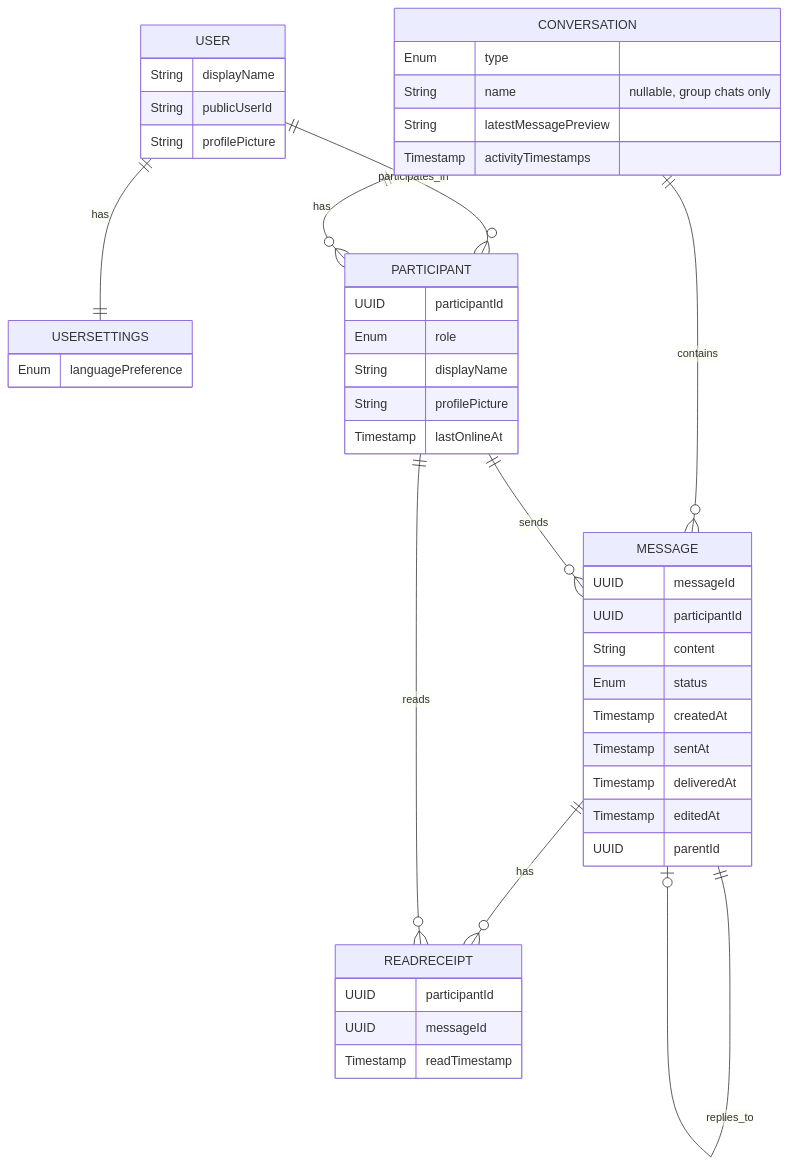
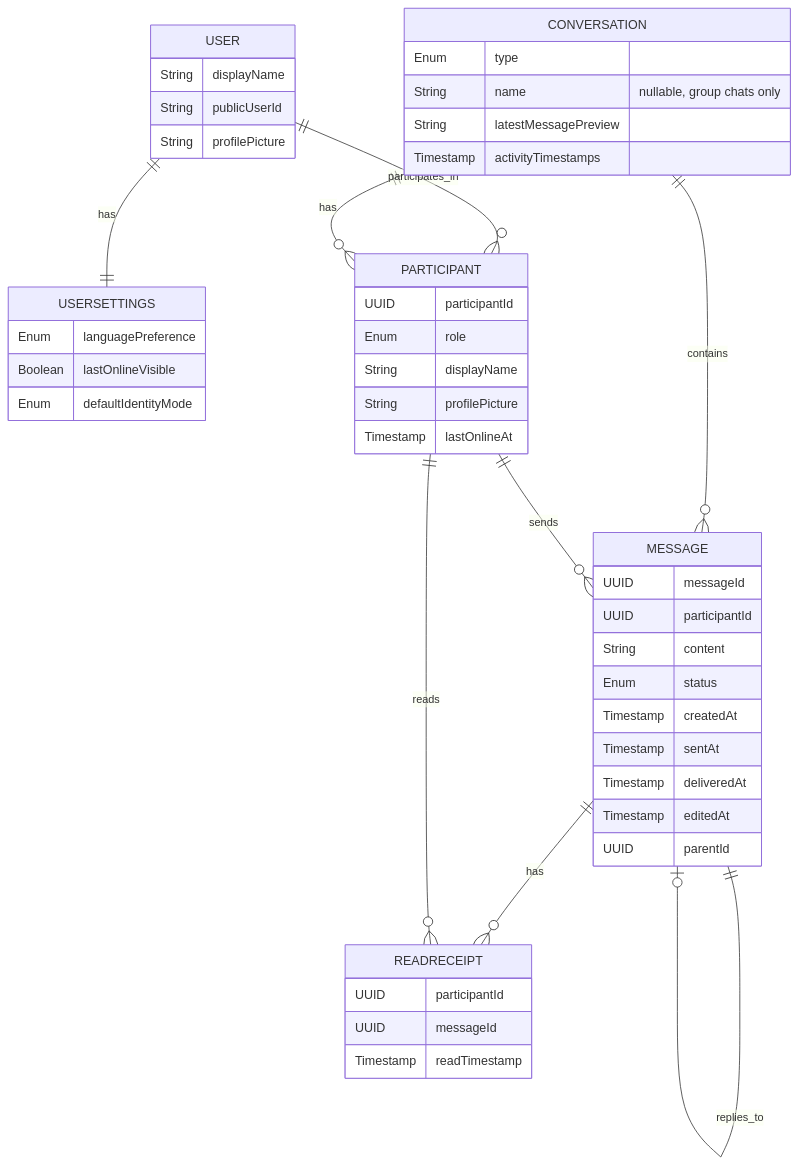
The diagram in docs/Specification.md (timurgilfanov/messenger), drawn with Mermaid before and after one commit. The commit also changed other lines of this file, not shown here.

````diff
--- a/docs/Specification.md
+++ b/docs/Specification.md
@@ -302,49 +348,51 @@
 ```mermaid
 erDiagram
     USER {
         String displayName
         String publicUserId
         String profilePicture
     }
     USERSETTINGS {
         Enum languagePreference
+        Boolean lastOnlineVisible
+        Enum defaultIdentityMode
     }
     CONVERSATION {
         Enum type
         String name "nullable, group chats only"
         String latestMessagePreview
         Timestamp activityTimestamps
     }
     PARTICIPANT {
         UUID participantId
         Enum role
         String displayName
         String profilePicture
         Timestamp lastOnlineAt
     }
     MESSAGE {
         UUID messageId
         UUID participantId
         String content
         Enum status
         Timestamp createdAt
         Timestamp sentAt
         Timestamp deliveredAt
         Timestamp editedAt
         UUID parentId
     }
     READRECEIPT {
         UUID participantId
         UUID messageId
         Timestamp readTimestamp
     }
 
     USER ||--o{ PARTICIPANT : participates_in
     USER ||--|| USERSETTINGS : has
     CONVERSATION ||--o{ PARTICIPANT : has
     CONVERSATION ||--o{ MESSAGE : contains
     MESSAGE ||--o{ READRECEIPT : has
     MESSAGE ||--o| MESSAGE : replies_to
     PARTICIPANT ||--o{ MESSAGE : sends
     PARTICIPANT ||--o{ READRECEIPT : reads
 ```
````
